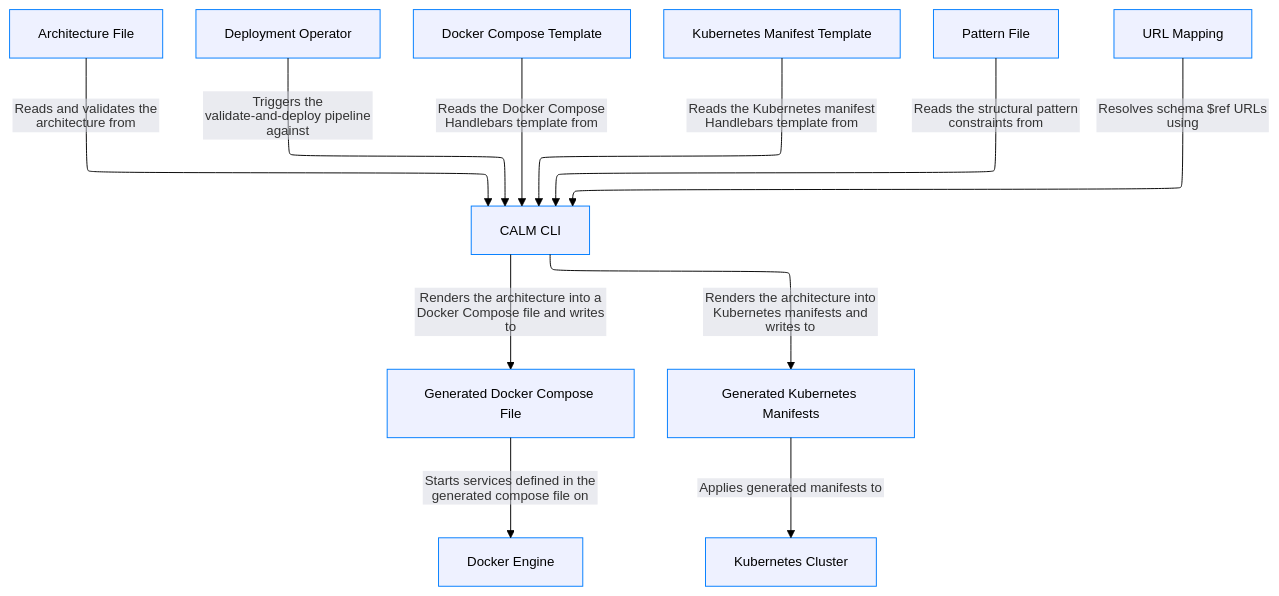
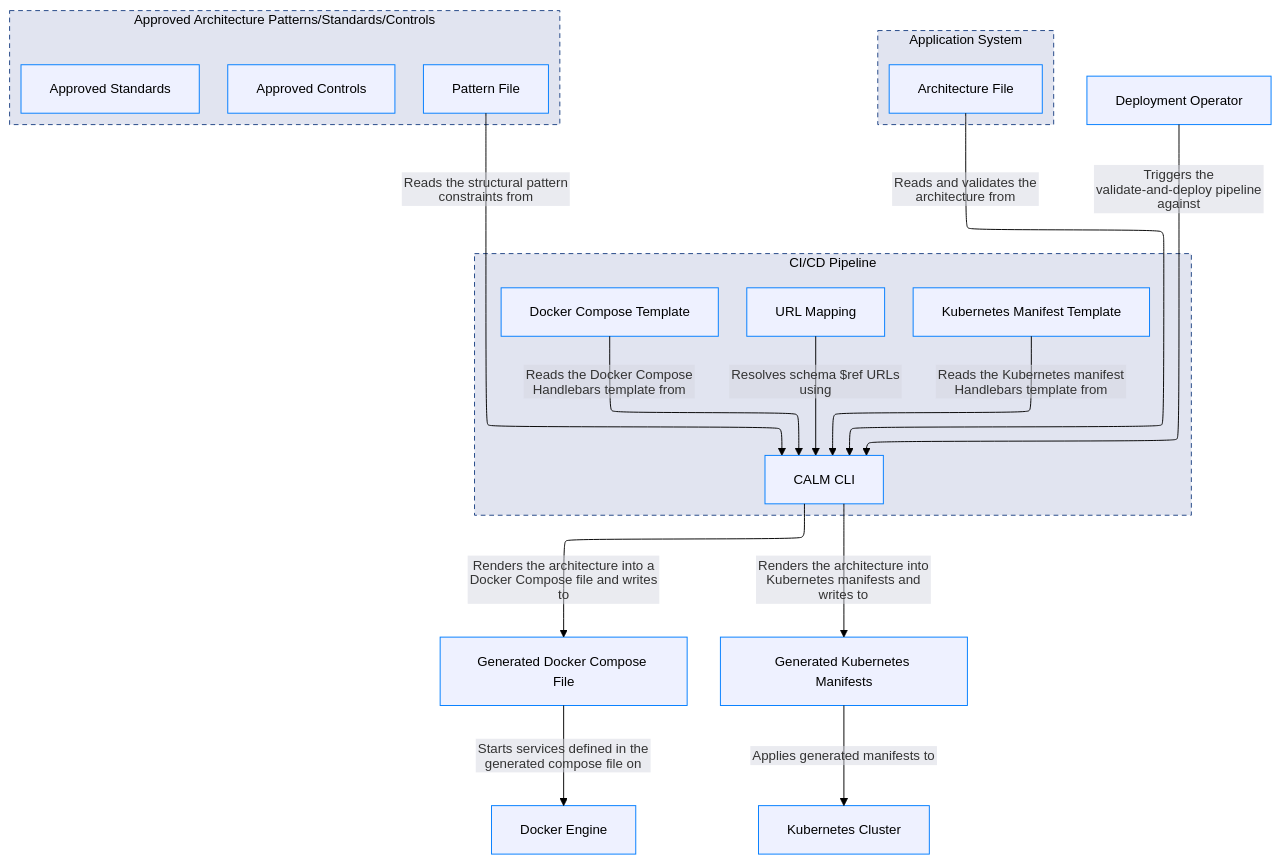
Before and after one commit to jimthompson5802/my-fullstack-app: the diagram in docs/calm/ci-cd-pipeline-architecture.md, drawn with Mermaid.

Commit message:
Enhance CI/CD architecture by adding approved standards and refining node structure

````diff
--- a/docs/calm/ci-cd-pipeline-architecture.md
+++ b/docs/calm/ci-cd-pipeline-architecture.md
@@ -4,45 +4,59 @@
 ```mermaid
 ---
 config:
   theme: base
   themeVariables:
     fontFamily: -apple-system, BlinkMacSystemFont, 'Segoe WPC', 'Segoe UI', system-ui, 'Ubuntu', sans-serif
     darkMode: false
     fontSize: 14px
     edgeLabelBackground: '#d5d7e1'
     lineColor: '#000000'
 ---
 %%{init: {"layout": "elk", "flowchart": {"htmlLabels": false}}}%%
 flowchart TB
 classDef boundary fill:#e1e4f0,stroke:#204485,stroke-dasharray: 5 4,stroke-width:1px,color:#000000;
 classDef node fill:#eef1ff,stroke:#007dff,stroke-width:1px,color:#000000;
 classDef iface fill:#f0f0f0,stroke:#b6b6b6,stroke-width:1px,font-size:10px,color:#000000;
 classDef highlight fill:#fdf7ec,stroke:#f0c060,stroke-width:1px,color:#000000;
 
+        subgraph application-system["Application System"]
+        direction TB
+            architecture-file["Architecture File"]:::node
+        end
+        class application-system boundary
+        subgraph approved-architecture-patterns-standards-controls["Approved Architecture Patterns/Standards/Controls"]
+        direction TB
+            approved-controls["Approved Controls"]:::node
+            approved-standards["Approved Standards"]:::node
+            pattern-file["Pattern File"]:::node
+        end
+        class approved-architecture-patterns-standards-controls boundary
+        subgraph ci-cd-pipeline["CI/CD Pipeline"]
+        direction TB
+            calm-cli["CALM CLI"]:::node
+            dc-template["Docker Compose Template"]:::node
+            k8s-template["Kubernetes Manifest Template"]:::node
+            url-mapping["URL Mapping"]:::node
+        end
+        class ci-cd-pipeline boundary
 
-    architecture-file["Architecture File"]:::node
-    calm-cli["CALM CLI"]:::node
     deployment-operator["Deployment Operator"]:::node
-    dc-template["Docker Compose Template"]:::node
     docker-engine["Docker Engine"]:::node
     dc-compose-output["Generated Docker Compose File"]:::node
     k8s-manifest-output["Generated Kubernetes Manifests"]:::node
     kubernetes-cluster["Kubernetes Cluster"]:::node
-    k8s-template["Kubernetes Manifest Template"]:::node
-    pattern-file["Pattern File"]:::node
-    url-mapping["URL Mapping"]:::node
 
     deployment-operator -->|Triggers the validate-and-deploy pipeline against| calm-cli
     architecture-file -->|Reads and validates the architecture from| calm-cli
     pattern-file -->|Reads the structural pattern constraints from| calm-cli
     url-mapping -->|Resolves schema $ref URLs using| calm-cli
     k8s-template -->|Reads the Kubernetes manifest Handlebars template from| calm-cli
     dc-template -->|Reads the Docker Compose Handlebars template from| calm-cli
     calm-cli -->|Renders the architecture into Kubernetes manifests and writes to| k8s-manifest-output
     calm-cli -->|Renders the architecture into a Docker Compose file and writes to| dc-compose-output
     k8s-manifest-output -->|Applies generated manifests to| kubernetes-cluster
     dc-compose-output -->|Starts services defined in the generated compose file on| docker-engine
 
 
 
 ```
````
